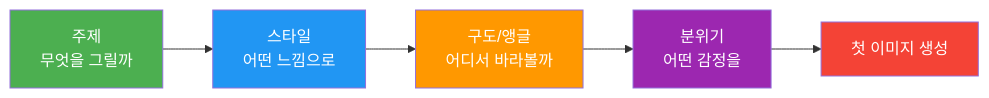
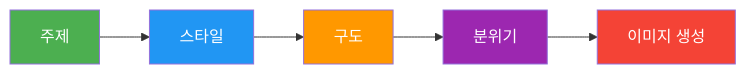
Before and after one commit to jsonpassion/forge-tutorial-promptcanvas: the first of 4 diagrams in 03-ch3-chatgpt-이미지-생성-실전/02-02-대화형-이미지-생성-자연어로-그리기.md, drawn with Mermaid. The commit also changed other lines of this file and 63 other files, not shown here.

````diff
--- a/03-ch3-chatgpt-이미지-생성-실전/02-02-대화형-이미지-생성-자연어로-그리기.md
+++ b/03-ch3-chatgpt-이미지-생성-실전/02-02-대화형-이미지-생성-자연어로-그리기.md
@@ -40,13 +13,13 @@
 ```mermaid
 flowchart LR
-    A["주제<br/>무엇을 그릴까"] --> B["스타일<br/>어떤 느낌으로"]
-    B --> C["구도/앵글<br/>어디서 바라볼까"]
-    C --> D["분위기<br/>어떤 감정을"]
-    D --> E["첫 이미지 생성"]
+    A["주제"] --> B["스타일"]
+    B --> C["구도"]
+    C --> D["분위기"]
+    D --> E["이미지 생성"]
 
     style A fill:#4CAF50,color:#fff
     style B fill:#2196F3,color:#fff
     style C fill:#FF9800,color:#fff
     style D fill:#9C27B0,color:#fff
     style E fill:#F44336,color:#fff
 ```
````
